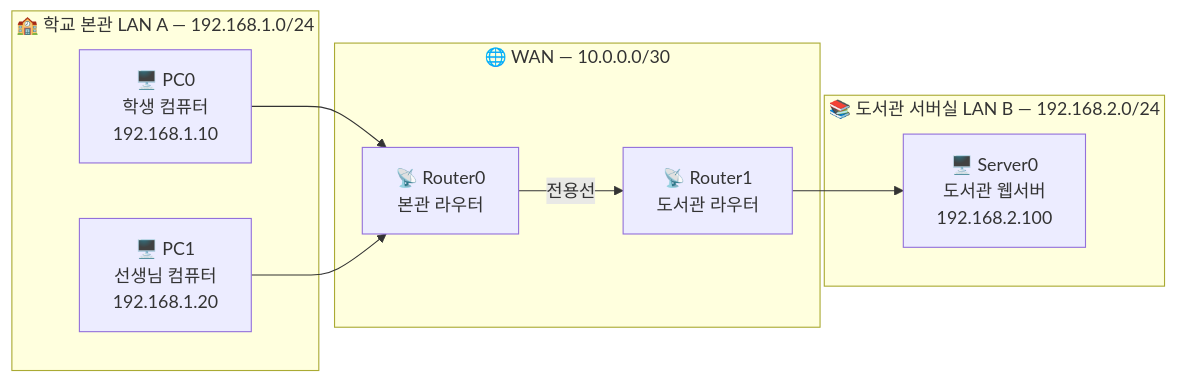
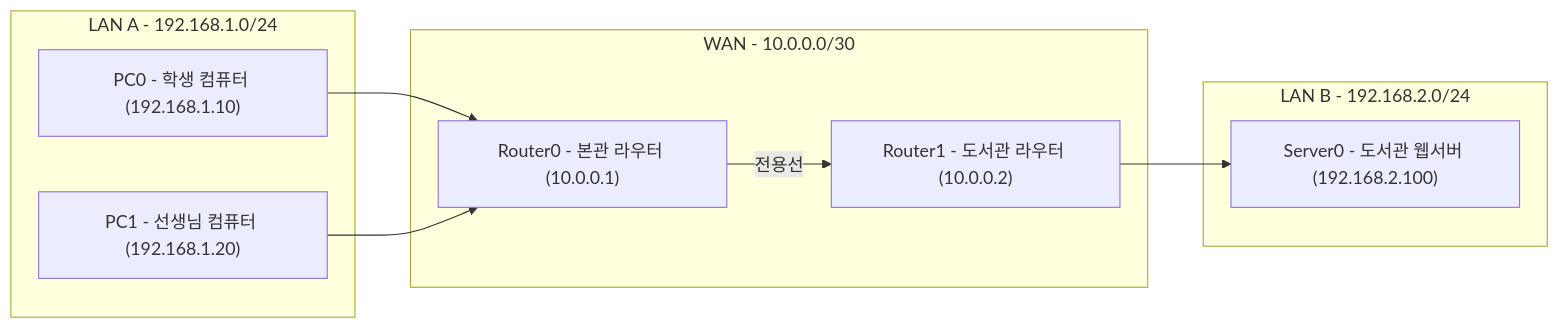
One commit to sbaek100/sbaek100.github.io changed the first of 2 diagrams in _posts/2026-03-09-network-15.md. Above: the diagram before and after it, drawn with Mermaid. The commit also changed other lines of this file, not shown here.

````diff
--- a/_posts/2026-03-09-network-15.md
+++ b/_posts/2026-03-09-network-15.md
@@ -44,20 +45,21 @@
 ```mermaid
 graph LR
-    subgraph LAN_A["🏫 학교 본관 LAN A — 192.168.1.0/24"]
-        PC0["🖥️ PC0<br/>학생 컴퓨터<br/>192.168.1.10"]
-        PC1["🖥️ PC1<br/>선생님 컴퓨터<br/>192.168.1.20"]
+    subgraph LAN_A["LAN A - 192.168.1.0/24"]
+        PC0["PC0 - 학생 컴퓨터 (192.168.1.10)"]
+        PC1["PC1 - 선생님 컴퓨터 (192.168.1.20)"]
     end
 
-    subgraph WAN["🌐 WAN — 10.0.0.0/30"]
-        R0["📡 Router0<br/>본관 라우터"]
-        R1["📡 Router1<br/>도서관 라우터"]
-        R0 -->|"전용선"| R1
+    subgraph WAN["WAN - 10.0.0.0/30"]
+        R0["Router0 - 본관 라우터 (10.0.0.1)"]
+        R1["Router1 - 도서관 라우터 (10.0.0.2)"]
+        R0 -->|전용선| R1
     end
 
-    subgraph LAN_B["📚 도서관 서버실 LAN B — 192.168.2.0/24"]
-        SRV["🖥️ Server0<br/>도서관 웹서버<br/>192.168.2.100"]
+    subgraph LAN_B["LAN B - 192.168.2.0/24"]
+        SRV["Server0 - 도서관 웹서버 (192.168.2.100)"]
     end
 
-    PC0 & PC1 --> R0
+    PC0 --> R0
+    PC1 --> R0
     R1 --> SRV
 ```
````
